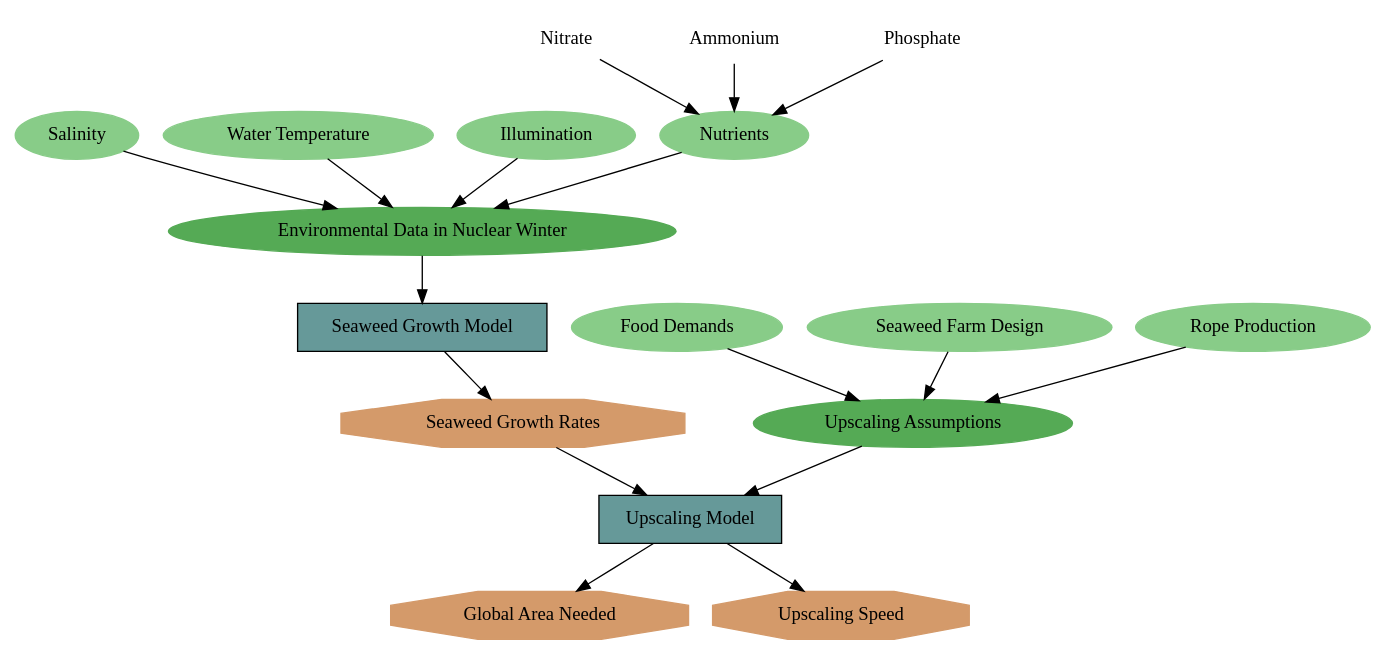
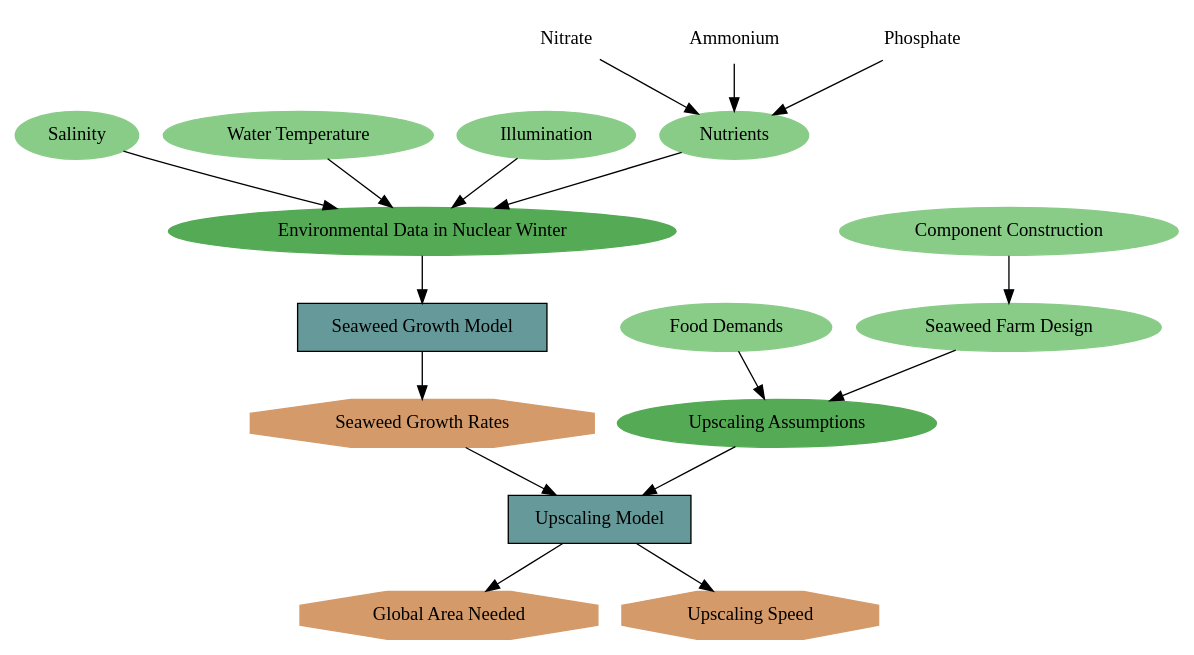
Before and after one commit to allfed/Seaweed-Growth-Model: the diagram in results/model_description/structure.dot, drawn with Graphviz. The commit also changed 2 other files, not shown here.

Commit message:
Update fig 1

```diff
--- a/results/model_description/structure.dot
+++ b/results/model_description/structure.dot
@@ -1,58 +1,58 @@
 digraph ModelOverview{
     // Inputs for the model
     salinity [label="Salinity", style="filled", color="#88CC88"];
     temperature [label="Water Temperature", style="filled", color="#88CC88"];
     illumination [label="Illumination", style="filled", color="#88CC88"];
     nutrients [label="Nutrients", style="filled", color="#88CC88"];
     // link nutrients
     nitrate [label="Nitrate",style="filled", color="white"];
     ammonium [label="Ammonium",style="filled", color="white"];
     phosphate [label="Phosphate",style="filled", color="white"];
     // link nutrients to nutrients
     nitrate -> nutrients
     ammonium -> nutrients
     phosphate -> nutrients
 
     env_data [label="Environmental Data in Nuclear Winter", style="filled",color="#55AA55"];
     // link env_data to nutrients
     nutrients -> env_data;
     illumination -> env_data;
     temperature -> env_data;
     salinity -> env_data;
 
     // link env_data to the model
     model_growth [label="Seaweed Growth Model", shape=box, style="filled", fillcolor="#669999"];
     env_data -> model_growth;
 
     // Outputs of the model
     growth [label="Seaweed Growth Rates", shape=octagon, color="#D49A6A", style="filled"];
     // link growth to model
     model_growth -> growth;
 
     // link growth to upscaling model
     upscaling_model [label="Upscaling Model", shape=box, style="filled", fillcolor="#669999"];
     growth -> upscaling_model;
 
     // add additional data for the upscaling model
     food_demands [label="Food Demands", style="filled", color="#88CC88"];
     farm_design [label="Seaweed Farm Design", style="filled", color="#88CC88"];
-    rope_production [label="Rope Production", style="filled", color="#88CC88"];
+    comp_prod [label="Component Construction", style="filled", color="#88CC88"];
     assumptions [label="Upscaling Assumptions", style="filled",color="#55AA55"];
     food_demands -> assumptions;
     farm_design -> assumptions;
-    rope_production -> assumptions;
+    comp_prod -> farm_design;
     assumptions -> upscaling_model;
 
     // link upscaling model to the output
     area_needed [label="Global Area Needed", shape=octagon, color="#D49A6A", style="filled"];
     upscaling_model -> area_needed;
     upscaling_speed [label="Upscaling Speed", shape=octagon, color="#D49A6A", style="filled"];
     upscaling_model -> upscaling_speed;
 
 
 
 
 
 
 
 }
```
